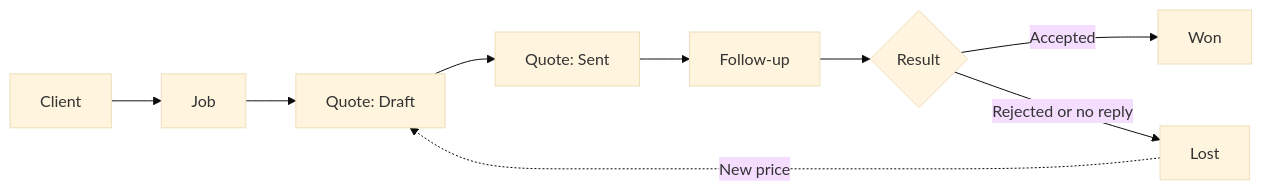
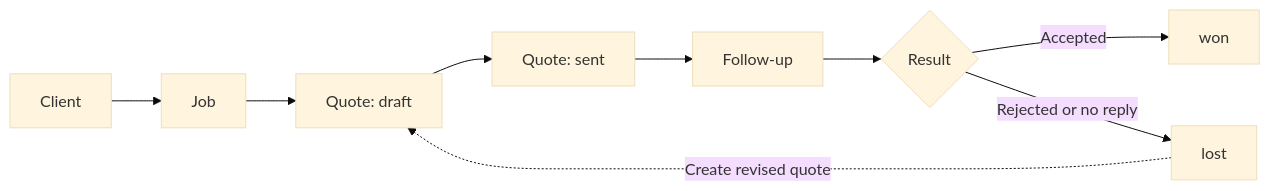
Before and after one commit to Massoumeh-Mahaei/quoteloop: the first of 2 diagrams in docs/design.md, drawn with Mermaid (base theme). The commit also changed other lines of this file, not shown here.

Commit message:
docs: add ER diagram and refine rules

````diff
--- a/docs/design.md
+++ b/docs/design.md
@@ -7,11 +7,11 @@
 ```mermaid
 flowchart LR
     A[Client] --> B[Job]
-    B --> C[Quote: Draft]
-    C --> D[Quote: Sent]
+    B --> C[Quote: draft]
+    C --> D[Quote: sent]
     D --> E[Follow-up]
     E --> F{Result}
-    F -->|Accepted| G[Won]
-    F -->|Rejected or no reply| H[Lost]
-    H -.->|New price| C
+    F -->|Accepted| G[won]
+    F -->|Rejected or no reply| H[lost]
+    H -.->|Create revised quote| C
 ```
````
